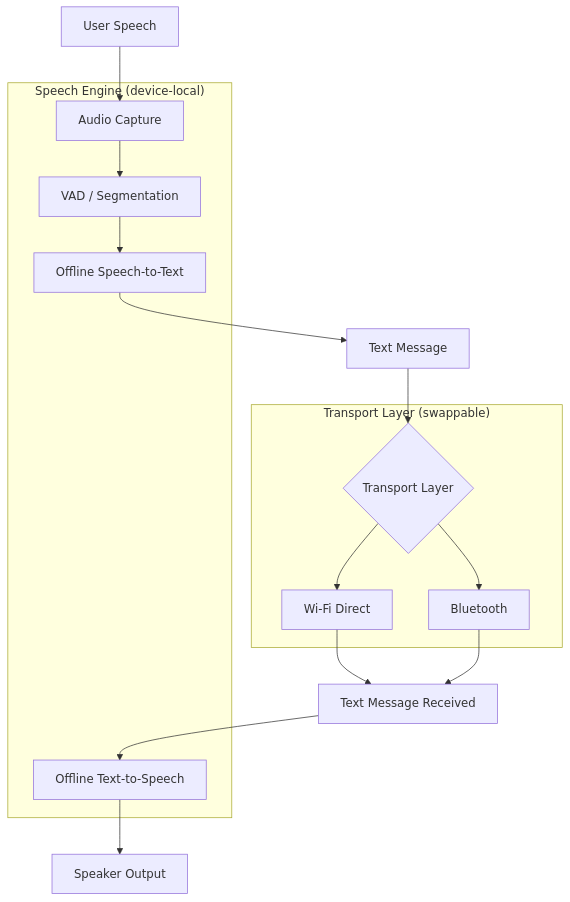
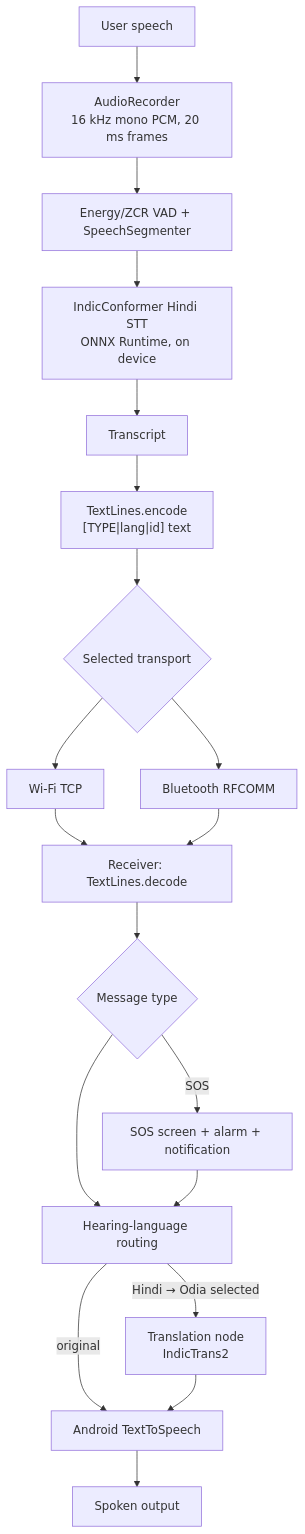
One commit to tanmayjoshi01/iTANTRA changed the first of 4 diagrams in README.md. Above: the diagram before and after it, drawn with Mermaid. The commit also changed other lines of this file, not shown here.

Commit message:
Implement new feature for user authentication and improve error handling

````diff
--- a/README.md
+++ b/README.md
@@ -83,27 +86,21 @@
 ```mermaid
 flowchart TD
-    A[User Speech] --> B[Audio Capture]
-    B --> C[VAD / Segmentation]
-    C --> D[Offline Speech-to-Text]
-    D --> E[Text Message]
-    E --> F{Transport Layer}
-    F --> G[Wi-Fi Direct]
-    F --> H[Bluetooth]
-    G --> I[Text Message Received]
-    H --> I
-    I --> J[Offline Text-to-Speech]
-    J --> K[Speaker Output]
-
-    subgraph "Speech Engine (device-local)"
-    B
-    C
-    D
-    J
-    end
-
-    subgraph "Transport Layer (swappable)"
-    F
-    G
-    H
-    end
+    A["User speech"] --> B["AudioRecorder<br/>16 kHz mono PCM, 20 ms frames"]
+    B --> C["Energy/ZCR VAD + SpeechSegmenter"]
+    C --> D["IndicConformer Hindi STT<br/>ONNX Runtime, on device"]
+    D --> E["Transcript"]
+    E --> F["TextLines.encode<br/>[TYPE|lang|id] text"]
+    F --> G{"Selected transport"}
+    G --> H["Wi-Fi TCP"]
+    G --> I["Bluetooth RFCOMM"]
+    H --> J["Receiver: TextLines.decode"]
+    I --> J
+    J --> K{"Message type"}
+    K -->|"SOS"| L["SOS screen + alarm + notification"]
+    K --> M["Hearing-language routing"]
+    L --> M
+    M -->|"Hindi → Odia selected"| N["Translation node<br/>IndicTrans2"]
+    M -->|"original"| O["Android TextToSpeech"]
+    N --> O
+    O --> P["Spoken output"]
 ```
````
